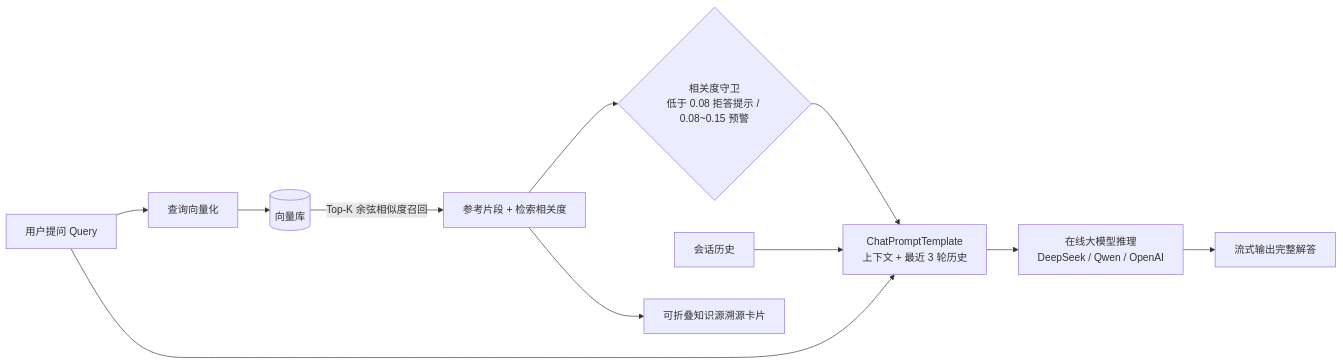
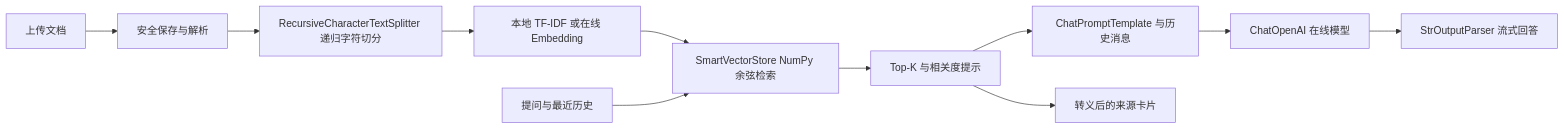
Before and after one commit to Zhoubin601/SmartDoc-RAG: the diagram in README.md, drawn with Mermaid. The commit also changed other lines of this file and 44 other files, not shown here.

````diff
--- a/README.md
+++ b/README.md
@@ -61,13 +72,13 @@
 ```mermaid
 flowchart LR
-    Q[用户提问 Query] --> V[查询向量化]
-    V --> S[(向量库)]
-    S -->|Top-K 余弦相似度召回| R[参考片段 + 检索相关度]
-    R --> G{"相关度守卫<br/>低于 0.08 拒答提示 / 0.08~0.15 预警"}
-    G --> P["ChatPromptTemplate<br/>上下文 + 最近 3 轮历史"]
-    H[会话历史] --> P
-    Q --> P
-    P --> M[在线大模型推理<br/>DeepSeek / Qwen / OpenAI]
-    M --> O[流式输出完整解答]
-    R --> C[可折叠知识源溯源卡片]
+    A[上传文档] --> B[安全保存与解析]
+    B --> C[RecursiveCharacterTextSplitter 递归字符切分]
+    C --> D[本地 TF-IDF 或在线 Embedding]
+    D --> E[SmartVectorStore NumPy 余弦检索]
+    Q[提问与最近历史] --> E
+    E --> F[Top-K 与相关度提示]
+    F --> P[ChatPromptTemplate 与历史消息]
+    P --> M[ChatOpenAI 在线模型]
+    M --> O[StrOutputParser 流式回答]
+    F --> S[转义后的来源卡片]
 ```
````
